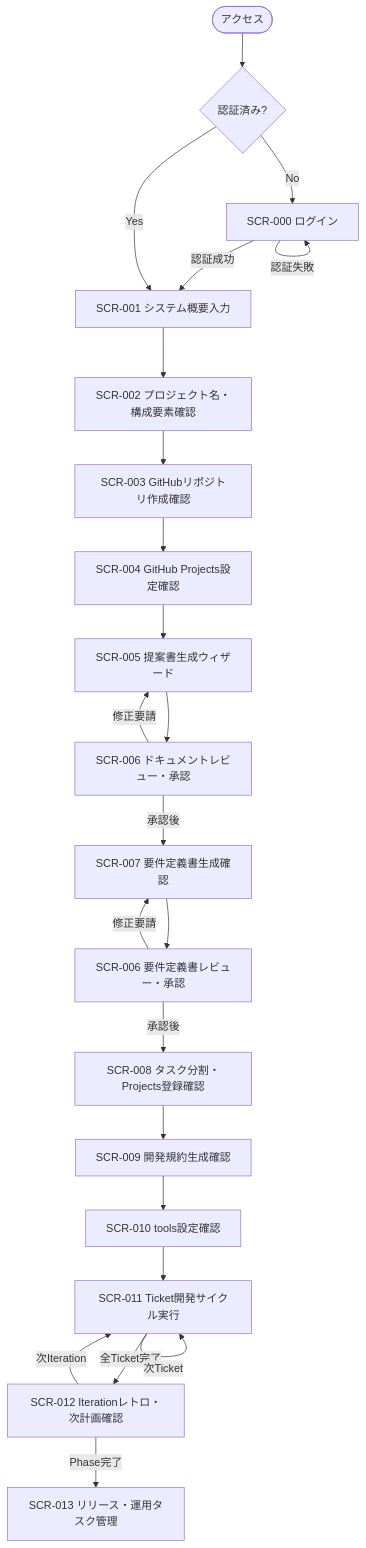
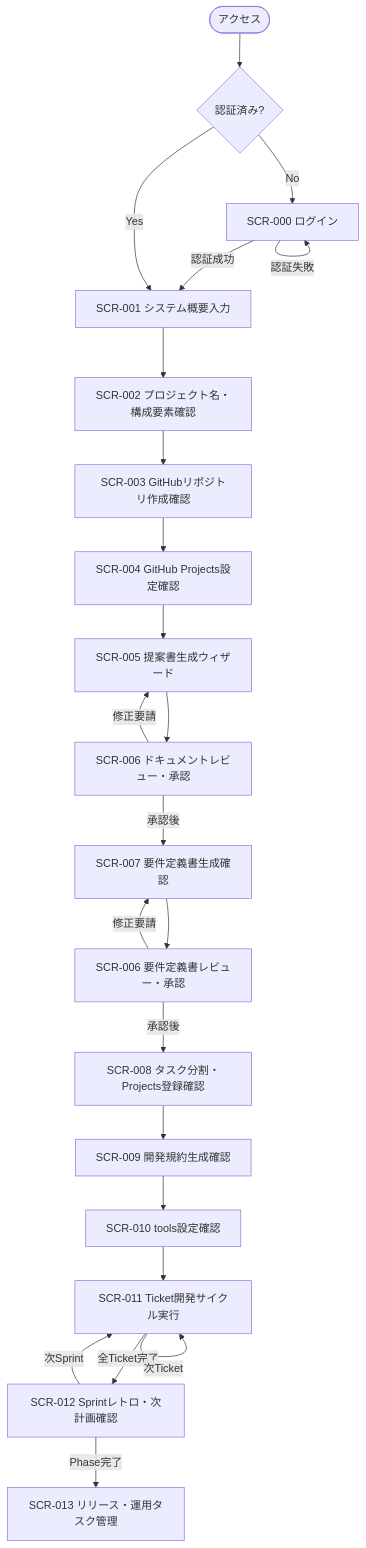
One commit to BossApe/lo-vibe changed the first of 3 diagrams in _document/002.要件定義フェーズ/001.要件定義/001-06.画面遷移定義書.md. Above: the diagram before and after it, drawn with Mermaid. The commit also changed other lines of this file and 43 other files, not shown here.

````diff
--- a/_document/002.要件定義フェーズ/001.要件定義/001-06.画面遷移定義書.md
+++ b/_document/002.要件定義フェーズ/001.要件定義/001-06.画面遷移定義書.md
@@ -64,26 +64,26 @@
 ```mermaid
 flowchart TD
     START([アクセス]) --> AUTH{認証済み?}
     AUTH -- No --> SCR000[SCR-000 ログイン]
     SCR000 -- 認証成功 --> SCR001[SCR-001 システム概要入力]
     SCR000 -- 認証失敗 --> SCR000
     AUTH -- Yes --> SCR001
 
     SCR001 --> SCR002[SCR-002 プロジェクト名・構成要素確認]
     SCR002 --> SCR003[SCR-003 GitHubリポジトリ作成確認]
     SCR003 --> SCR004[SCR-004 GitHub Projects設定確認]
     SCR004 --> SCR005[SCR-005 提案書生成ウィザード]
     SCR005 --> SCR006[SCR-006 ドキュメントレビュー・承認]
     SCR006 -- 承認後 --> SCR007[SCR-007 要件定義書生成確認]
     SCR006 -- 修正要請 --> SCR005
     SCR007 --> SCR006B[SCR-006 要件定義書レビュー・承認]
     SCR006B -- 承認後 --> SCR008[SCR-008 タスク分割・Projects登録確認]
     SCR006B -- 修正要請 --> SCR007
     SCR008 --> SCR009[SCR-009 開発規約生成確認]
     SCR009 --> SCR010[SCR-010 tools設定確認]
     SCR010 --> SCR011[SCR-011 Ticket開発サイクル実行]
-    SCR011 -- 全Ticket完了 --> SCR012[SCR-012 Iterationレトロ・次計画確認]
+    SCR011 -- 全Ticket完了 --> SCR012[SCR-012 Sprintレトロ・次計画確認]
     SCR011 -- 次Ticket --> SCR011
-    SCR012 -- 次Iteration --> SCR011
+    SCR012 -- 次Sprint --> SCR011
     SCR012 -- Phase完了 --> SCR013[SCR-013 リリース・運用タスク管理]
 ```
````
